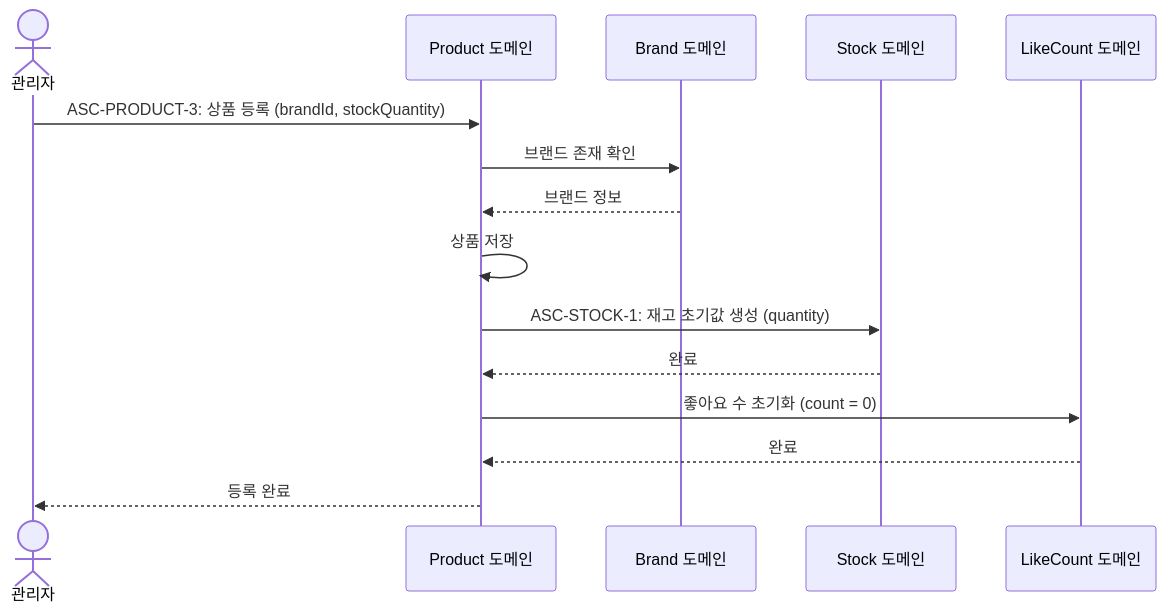
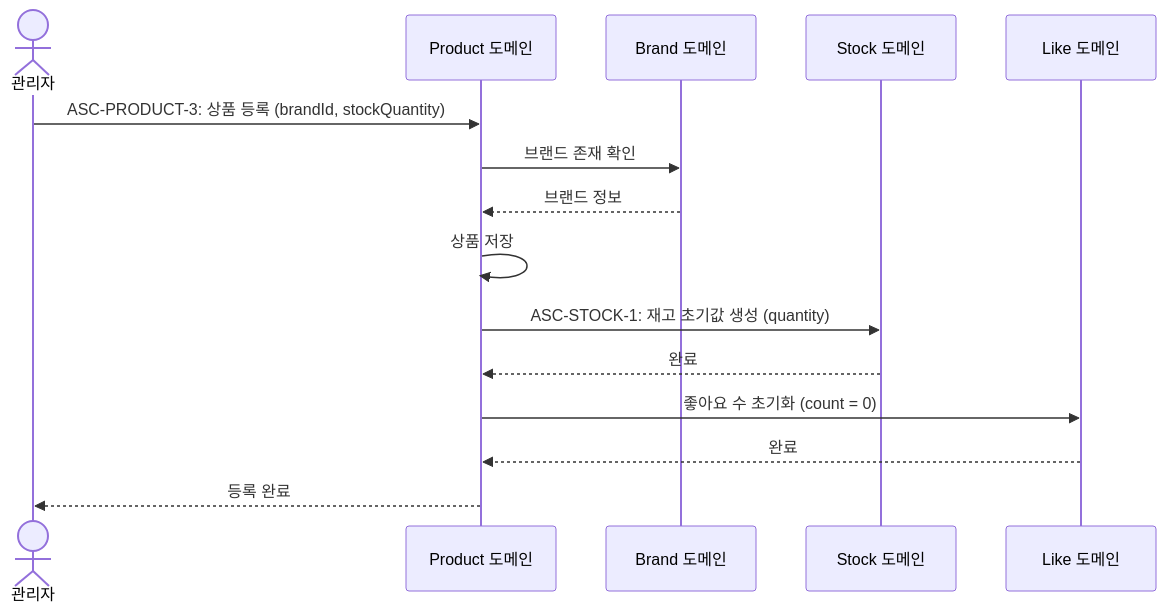
The second of 38 diagrams in docs/02-sequence-diagrams.md (loopers-labs/loop-pack-be-l2-vol4-kotlin), drawn with Mermaid before and after one commit. The commit also changed other lines of this file and 3 other files, not shown here.

````diff
--- a/docs/02-sequence-diagrams.md
+++ b/docs/02-sequence-diagrams.md
@@ -46,19 +43,19 @@
 ```mermaid
 sequenceDiagram
     actor Admin as 관리자
     participant Product as Product 도메인
     participant Brand as Brand 도메인
     participant Stock as Stock 도메인
-    participant LikeCount as LikeCount 도메인
+    participant Like as Like 도메인
 
     Admin->>Product: ASC-PRODUCT-3: 상품 등록 (brandId, stockQuantity)
     Product->>Brand: 브랜드 존재 확인
     Brand-->>Product: 브랜드 정보
 
     Product->>Product: 상품 저장
     Product->>Stock: ASC-STOCK-1: 재고 초기값 생성 (quantity)
     Stock-->>Product: 완료
-    Product->>LikeCount: 좋아요 수 초기화 (count = 0)
-    LikeCount-->>Product: 완료
+    Product->>Like: 좋아요 수 초기화 (count = 0)
+    Like-->>Product: 완료
     Product-->>Admin: 등록 완료
 ```
````
